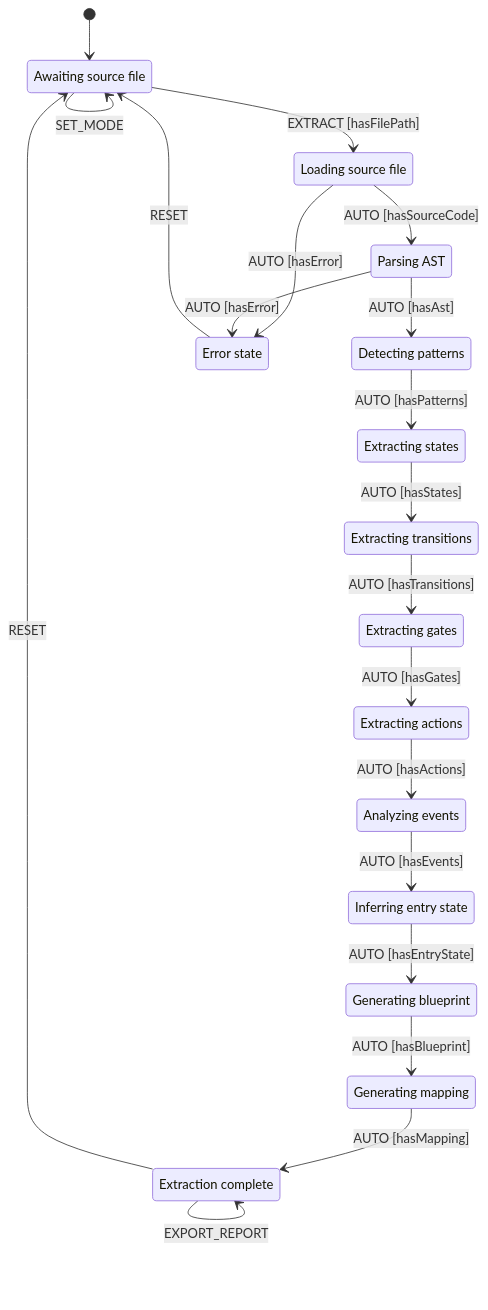
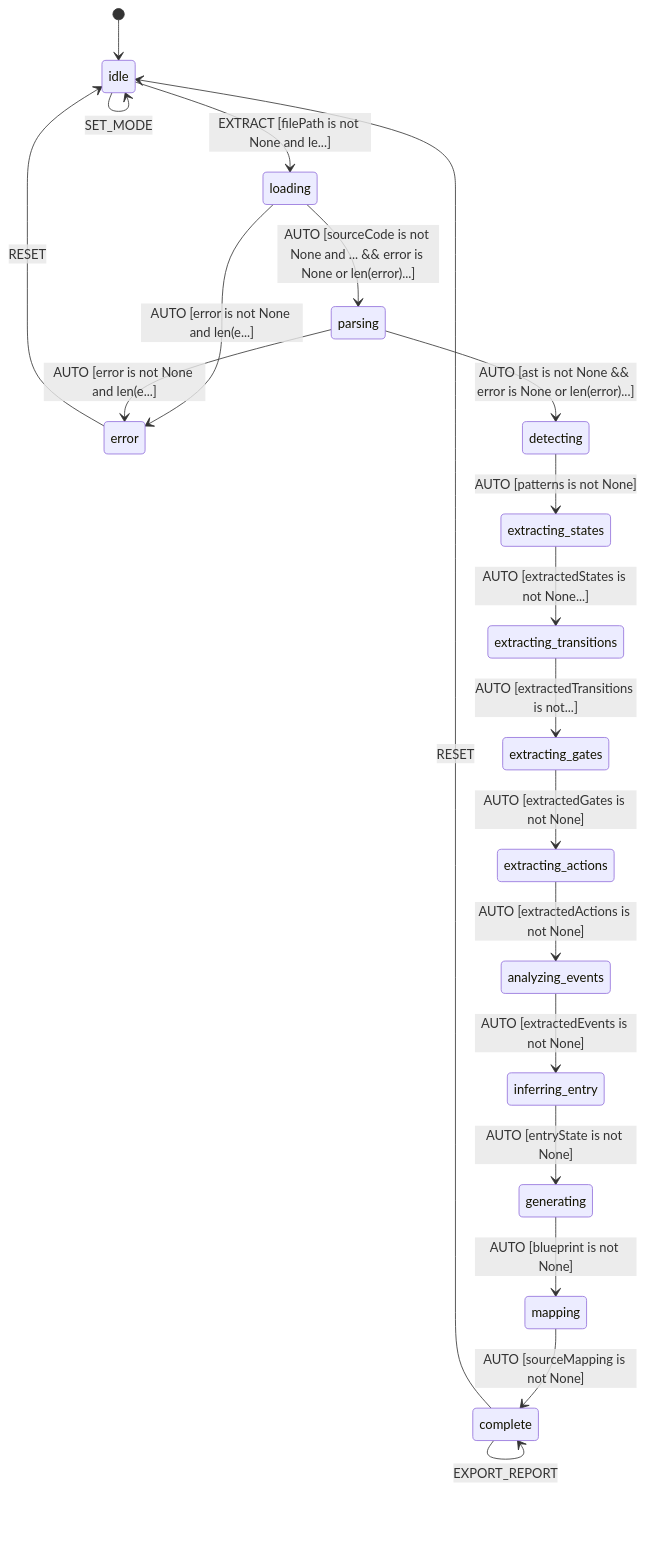
Before and after one commit to rhCat/lpp: the diagram in utils/legacy_extractor/README.md, drawn with Mermaid. The commit also changed 136 other files, not shown here.

Commit message:
feat: more detail graph

````diff
--- a/utils/legacy_extractor/README.md
+++ b/utils/legacy_extractor/README.md
@@ -14,39 +14,24 @@
 ```mermaid
 stateDiagram-v2
+    %% L++ State Diagram: Legacy Code State Machine Extractor
     [*] --> idle
-
-    idle: Awaiting source file
-    loading: Loading source file
-    parsing: Parsing AST
-    detecting: Detecting patterns
-    extracting_states: Extracting states
-    extracting_transitions: Extracting transitions
-    extracting_gates: Extracting gates
-    extracting_actions: Extracting actions
-    analyzing_events: Analyzing events
-    inferring_entry: Inferring entry state
-    generating: Generating blueprint
-    mapping: Generating mapping
-    complete: Extraction complete
-    error: Error state
-
-    idle --> idle: SET_MODE
-    idle --> loading: EXTRACT [hasFilePath]
-    loading --> error: AUTO [hasError]
-    loading --> parsing: AUTO [hasSourceCode]
-    parsing --> error: AUTO [hasError]
-    parsing --> detecting: AUTO [hasAst]
-    detecting --> extracting_states: AUTO [hasPatterns]
-    extracting_states --> extracting_transitions: AUTO [hasStates]
-    extracting_transitions --> extracting_gates: AUTO [hasTransitions]
-    extracting_gates --> extracting_actions: AUTO [hasGates]
-    extracting_actions --> analyzing_events: AUTO [hasActions]
-    analyzing_events --> inferring_entry: AUTO [hasEvents]
-    inferring_entry --> generating: AUTO [hasEntryState]
-    generating --> mapping: AUTO [hasBlueprint]
-    mapping --> complete: AUTO [hasMapping]
-    complete --> complete: EXPORT_BLUEPRINT
-    complete --> complete: EXPORT_REPORT
-    complete --> idle: RESET
-    error --> idle: RESET
+    idle --> idle : SET_MODE
+    idle --> loading : EXTRACT [filePath is not None and le...]
+    loading --> error : AUTO [error is not None and len(e...]
+    loading --> parsing : AUTO [sourceCode is not None and ... && error is None or len(error)...]
+    parsing --> error : AUTO [error is not None and len(e...]
+    parsing --> detecting : AUTO [ast is not None && error is None or len(error)...]
+    detecting --> extracting_states : AUTO [patterns is not None]
+    extracting_states --> extracting_transitions : AUTO [extractedStates is not None...]
+    extracting_transitions --> extracting_gates : AUTO [extractedTransitions is not...]
+    extracting_gates --> extracting_actions : AUTO [extractedGates is not None]
+    extracting_actions --> analyzing_events : AUTO [extractedActions is not None]
+    analyzing_events --> inferring_entry : AUTO [extractedEvents is not None]
+    inferring_entry --> generating : AUTO [entryState is not None]
+    generating --> mapping : AUTO [blueprint is not None]
+    mapping --> complete : AUTO [sourceMapping is not None]
+    complete --> complete : EXPORT_BLUEPRINT [blueprint is not None]
+    complete --> complete : EXPORT_REPORT
+    complete --> idle : RESET
+    error --> idle : RESET
 ```
````
